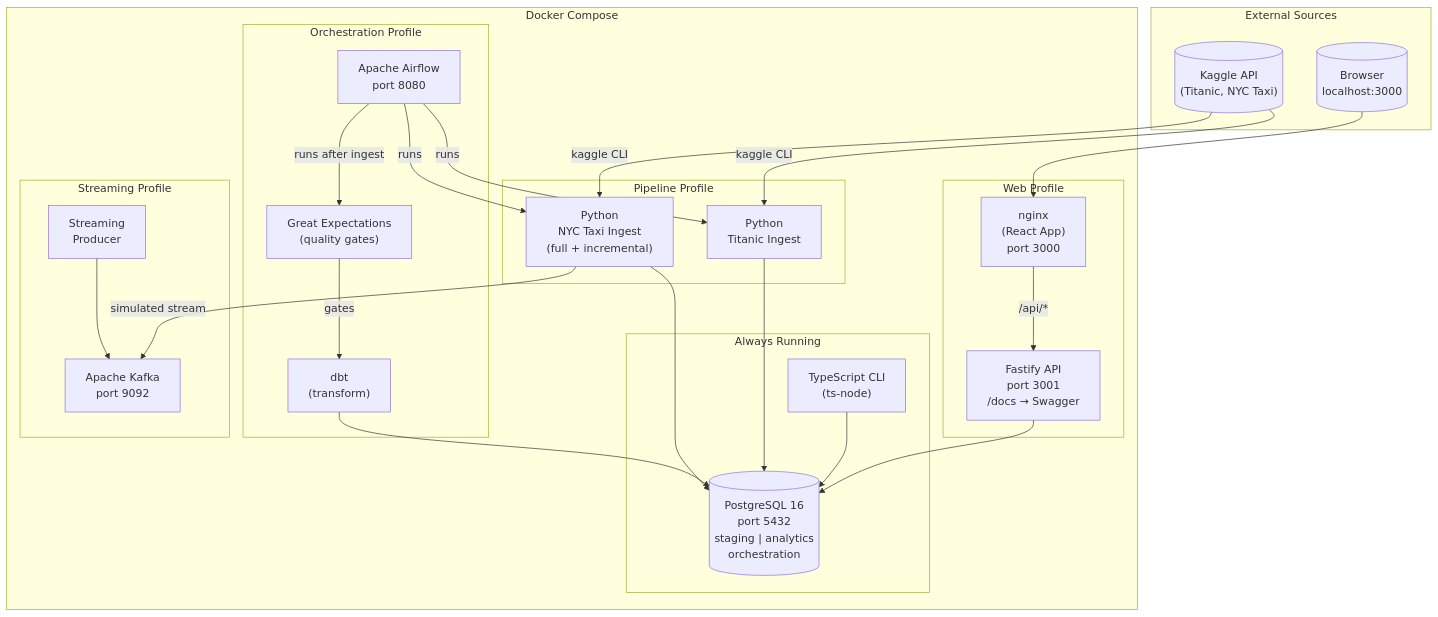
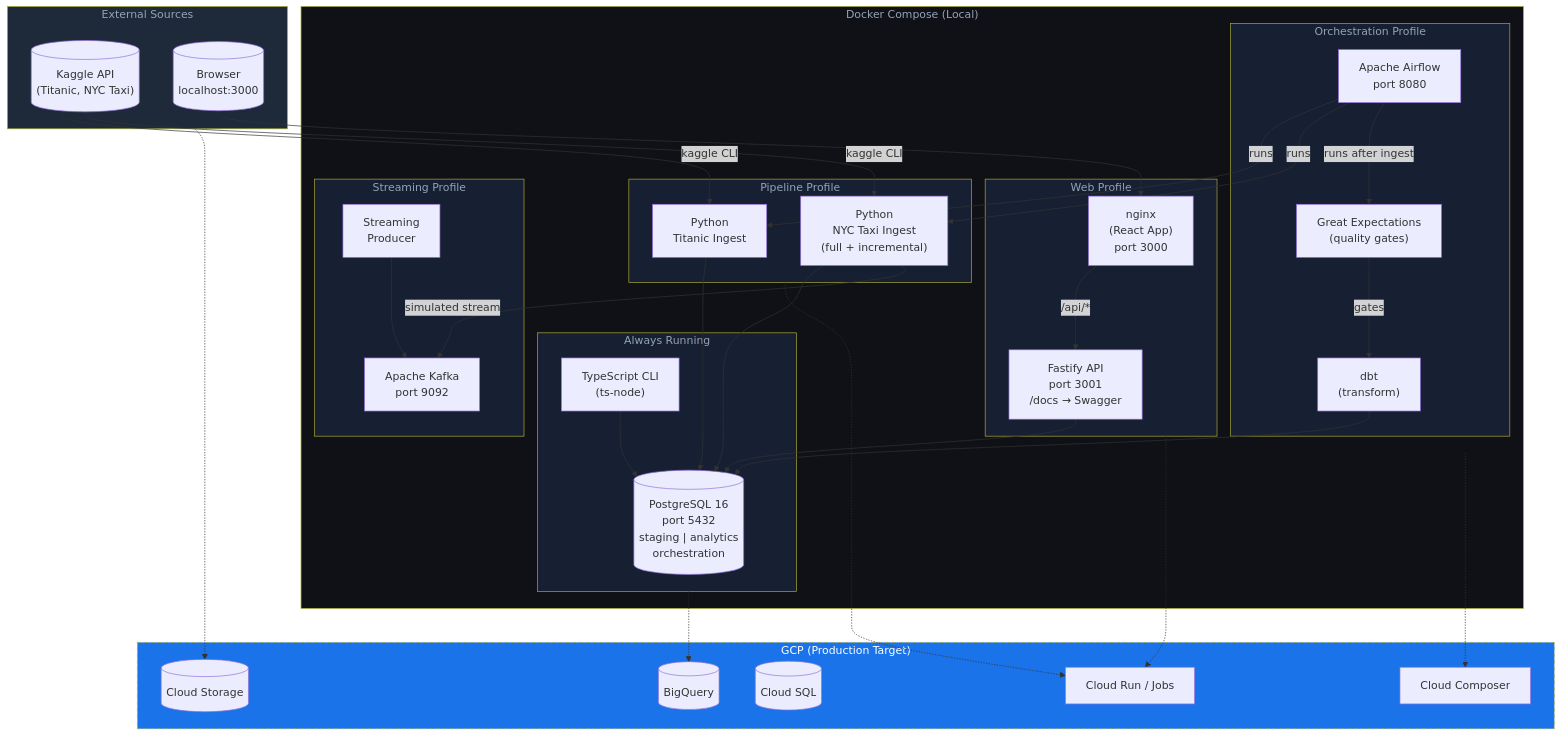
Before and after one commit to Timotheus704/data_engineering_poc: the diagram in README.md, drawn with Mermaid. The commit also changed other lines of this file and 4 other files, not shown here.

````diff
--- a/README.md
+++ b/README.md
@@ -38,51 +43,75 @@
 ```mermaid
 flowchart TB
     subgraph External["External Sources"]
         KAGGLE[("Kaggle API\n(Titanic, NYC Taxi)")]
         BROWSER[("Browser\nlocalhost:3000")]
     end
 
-    subgraph Docker["Docker Compose"]
+    subgraph Docker["Docker Compose (Local)"]
         subgraph Web["Web Profile"]
             NGINX["nginx\n(React App)\nport 3000"]
             API["Fastify API\nport 3001\n/docs → Swagger"]
         end
 
         subgraph Data["Always Running"]
             PG[("PostgreSQL 16\nport 5432\nstaging | analytics\norchestration")]
             CLI["TypeScript CLI\n(ts-node)"]
         end
 
         subgraph Pipeline["Pipeline Profile"]
             PY_T["Python\nTitanic Ingest"]
             PY_N["Python\nNYC Taxi Ingest\n(full + incremental)"]
         end
 
         subgraph Orchestration["Orchestration Profile"]
             AIR["Apache Airflow\nport 8080"]
             DBT["dbt\n(transform)"]
             GX["Great Expectations\n(quality gates)"]
         end
 
         subgraph Streaming["Streaming Profile"]
             KAFKA["Apache Kafka\nport 9092"]
             PROD["Streaming\nProducer"]
         end
     end
 
+    subgraph GCP["GCP (Production Target)"]
+        GCS[("Cloud Storage")]
+        BQ[("BigQuery")]
+        CSQL[("Cloud SQL")]
+        COMP["Cloud Composer"]
+        CRUN["Cloud Run / Jobs"]
+    end
+
     BROWSER --> NGINX
     NGINX -->|"/api/*"| API
     API --> PG
     CLI --> PG
     KAGGLE -->|"kaggle CLI"| PY_T
     KAGGLE -->|"kaggle CLI"| PY_N
     PY_T --> PG
     PY_N --> PG
     AIR -->|"runs"| PY_T
     AIR -->|"runs"| PY_N
     AIR -->|"runs after ingest"| GX
     GX -->|"gates"| DBT
     DBT --> PG
     PY_N -->|"simulated stream"| KAFKA
     PROD --> KAFKA
+
+    %% Production Mapping
+    Pipeline -.-> CRUN
+    Orchestration -.-> COMP
+    Data -.-> BQ
+    Web -.-> CRUN
+    KAGGLE -.-> GCS
+
+    style External fill:#1e2a3a,color:#94a3b8
+    style Docker fill:#0f1117,color:#94a3b8
+    style Web fill:#162032,color:#94a3b8
+    style Data fill:#162032,color:#94a3b8
+    style Pipeline fill:#162032,color:#94a3b8
+    style Orchestration fill:#162032,color:#94a3b8
+    style Streaming fill:#162032,color:#94a3b8
+    style GCP fill:#1a73e8,color:#fff,stroke-dasharray: 5 5
 ```
````
